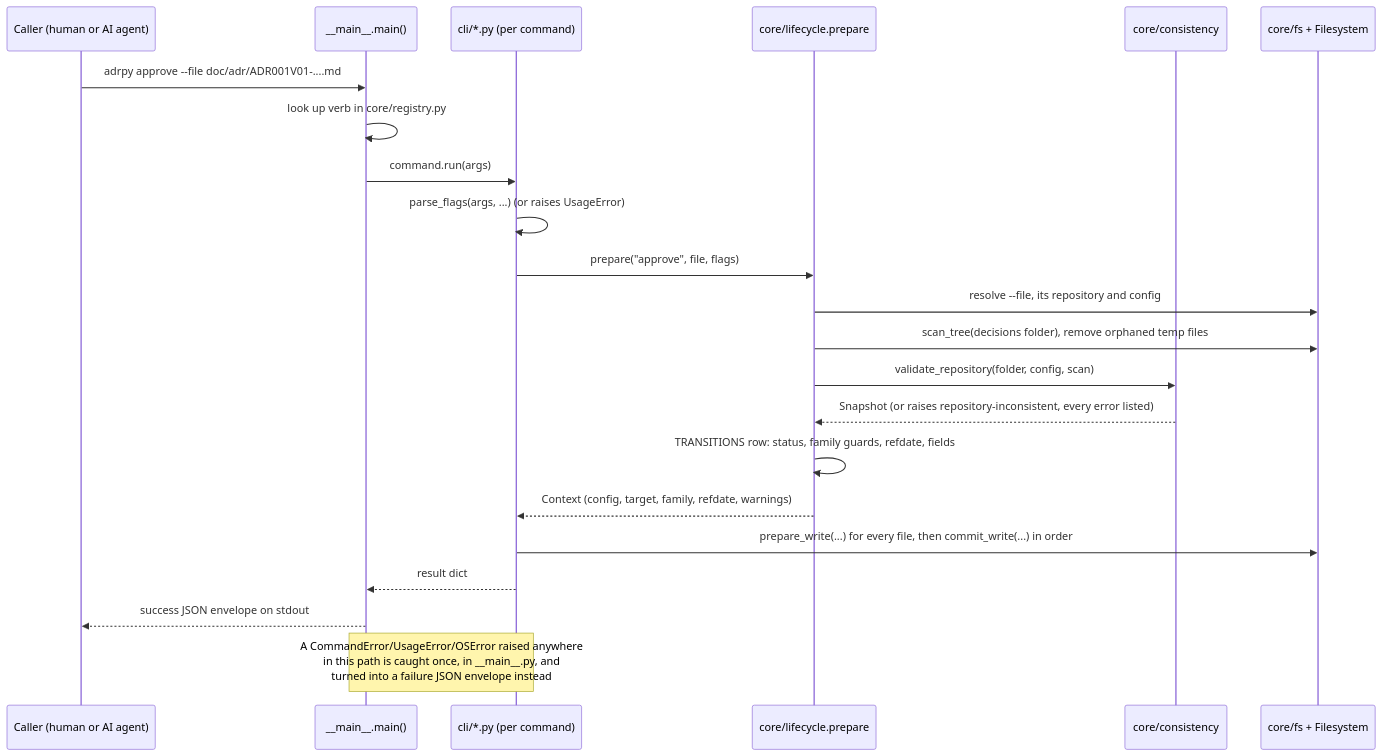
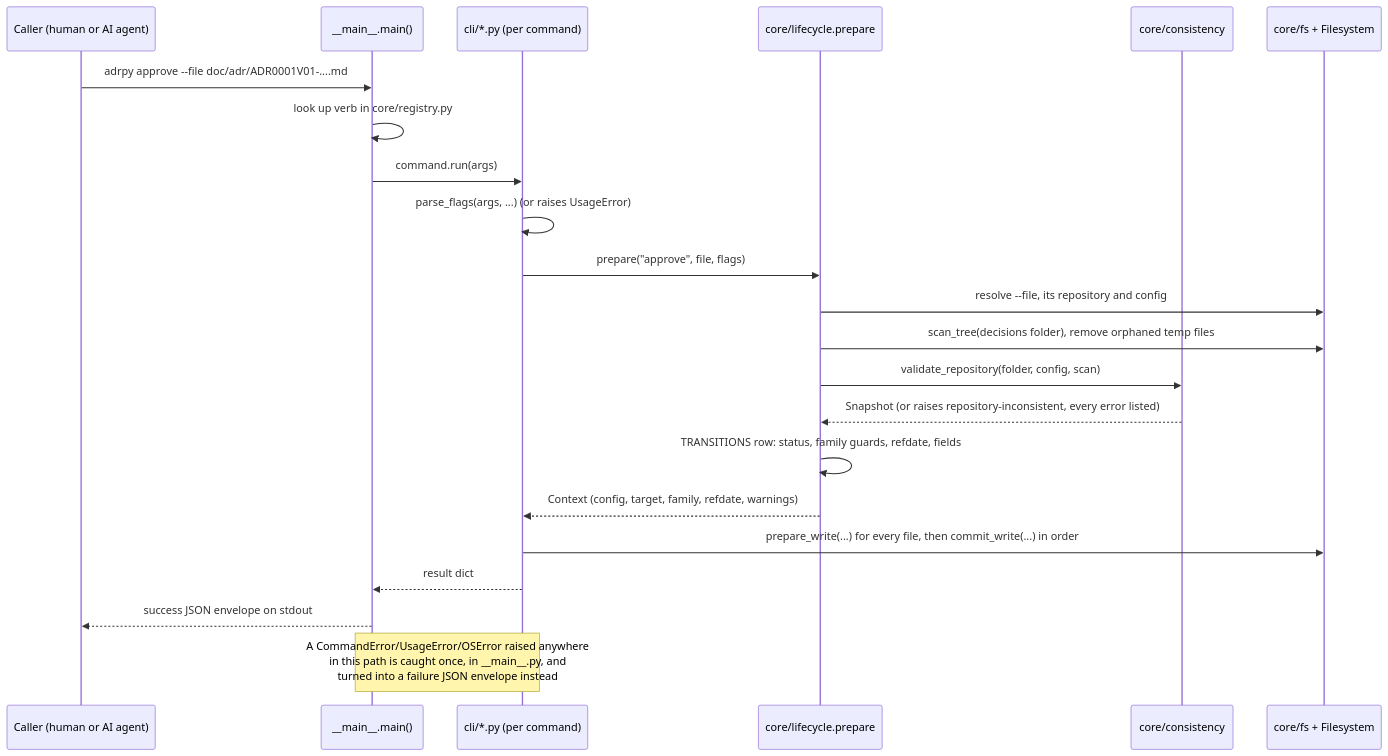
Before and after one commit to FRACerqueira/adrpy-ai: the second of 6 diagrams in doc/architecture.md, drawn with Mermaid. The commit also changed other lines of this file and 125 other files, not shown here.

````diff
--- a/doc/architecture.md
+++ b/doc/architecture.md
@@ -111,26 +111,26 @@
 ```mermaid
 sequenceDiagram
     participant Caller as Caller (human or AI agent)
     participant Main as __main__.main()
     participant Cmd as cli/*.py (per command)
     participant Core as core/lifecycle.prepare
     participant Val as core/consistency
     participant FS as core/fs + Filesystem
 
-    Caller->>Main: adrpy approve --file doc/adr/ADR001V01-....md
+    Caller->>Main: adrpy approve --file doc/adr/ADR0001V01-....md
     Main->>Main: look up verb in core/registry.py
     Main->>Cmd: command.run(args)
     Cmd->>Cmd: parse_flags(args, ...) (or raises UsageError)
     Cmd->>Core: prepare("approve", file, flags)
     Core->>FS: resolve --file, its repository and config
     Core->>FS: scan_tree(decisions folder), remove orphaned temp files
     Core->>Val: validate_repository(folder, config, scan)
     Val-->>Core: Snapshot (or raises repository-inconsistent, every error listed)
     Core->>Core: TRANSITIONS row: status, family guards, refdate, fields
     Core-->>Cmd: Context (config, target, family, refdate, warnings)
     Cmd->>FS: prepare_write(...) for every file, then commit_write(...) in order
     Cmd-->>Main: result dict
     Main-->>Caller: success JSON envelope on stdout
 
     Note over Cmd,Main: A CommandError/UsageError/OSError raised anywhere<br/>in this path is caught once, in __main__.py, and<br/>turned into a failure JSON envelope instead
 ```
````
